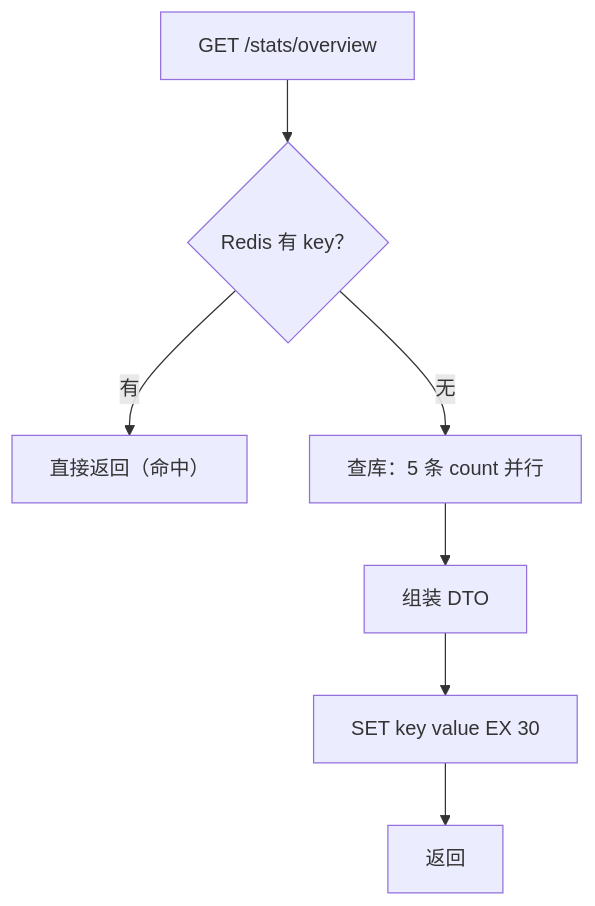
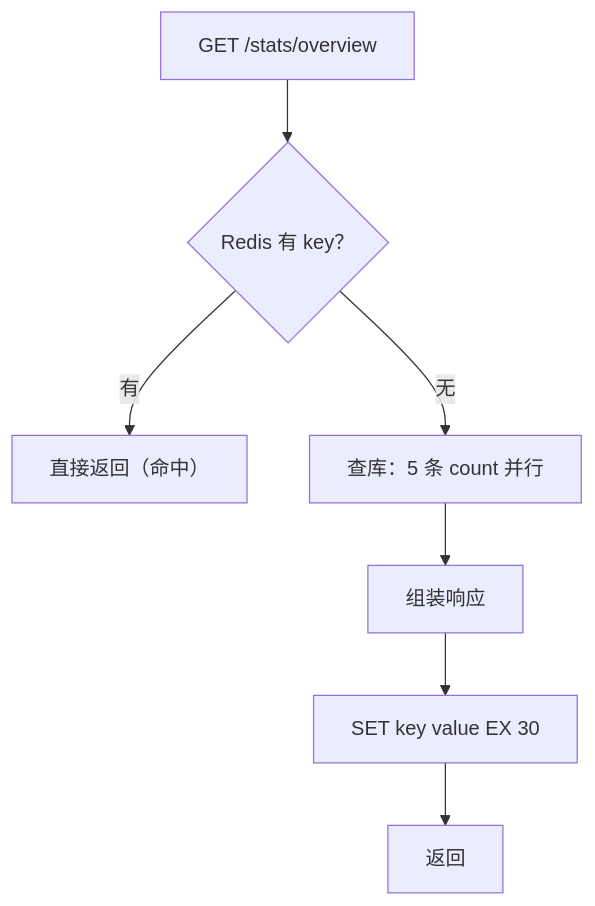
One commit to flylea/notes changed the diagram in docs/nest/book/ch-12-项目一会议室/12.07-统计管理模块.md. Above: the diagram before and after it, drawn with Mermaid. The commit also changed other lines of this file and 84 other files, not shown here.

First line of the commit message:
refactor(nest): migrate validation from class-validator to Standard Schema (zod 4)

````diff
--- a/docs/nest/book/ch-12-项目一会议室/12.07-统计管理模块.md
+++ b/docs/nest/book/ch-12-项目一会议室/12.07-统计管理模块.md
@@ -27,9 +27,9 @@
 ```mermaid
 flowchart TD
   A["GET /stats/overview"] --> B{"Redis 有 key？"}
   B -- 有 --> C["直接返回（命中）"]
   B -- 无 --> D["查库：5 条 count 并行"]
-  D --> E["组装 DTO"]
+  D --> E["组装响应"]
   E --> F["SET key value EX 30"]
   F --> G["返回"]
 ```
````
